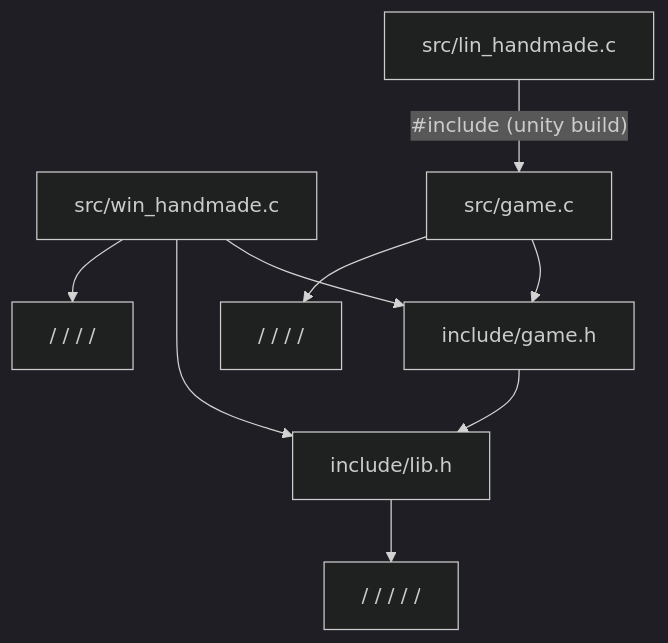
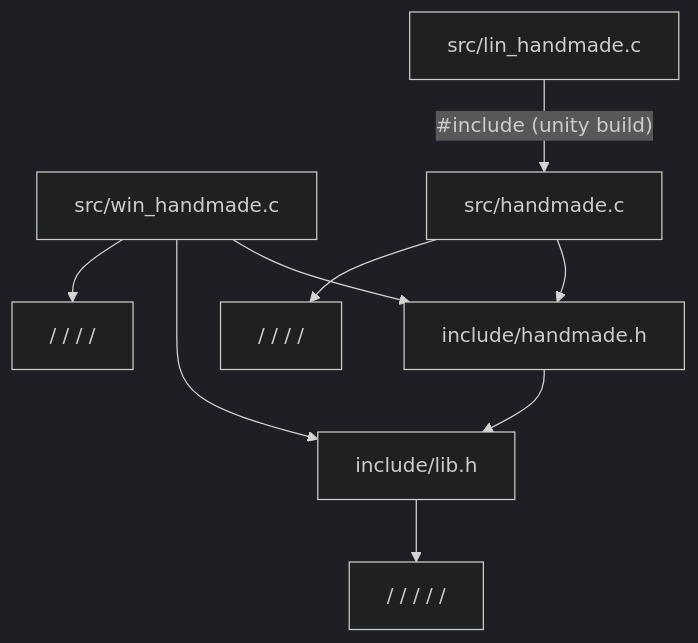
The second of 2 diagrams in readme.md (fhdiaze/handmade), drawn with Mermaid (dark theme) before and after one commit. The commit also changed 5 other files, not shown here.

````diff
--- a/readme.md
+++ b/readme.md
@@ -15,21 +15,21 @@
 ```mermaid
 graph TD
     lin["src/lin_handmade.c"]
     win["src/win_handmade.c"]
-    game_c["src/game.c"]
-    game_h["include/game.h"]
+    handmade_c["src/handmade.c"]
+    handmade_h["include/handmade.h"]
     lib_h["include/lib.h"]
 
     win_sys["<windows.h> / <dsound.h> / <xinput.h> / <stdint.h> / <stdio.h>"]
-    game_sys["<assert.h> / <limits.h> / <stddef.h> / <stdint.h> / <stdlib.h>"]
+    std_lib["<assert.h> / <limits.h> / <stddef.h> / <stdint.h> / <stdlib.h>"]
     lib_sys["<assert.h> / <math.h> / <stdint.h> / <stdio.h> / <time.h> / <intrin.h>"]
 
-    lin -->|"#include (unity build)"| game_c
-    game_c --> game_h
-    game_c --> game_sys
-    win --> game_h
+    lin -->|"#include (unity build)"| handmade_c
+    handmade_c --> handmade_h
+    handmade_c --> std_lib
+    win --> handmade_h
     win --> lib_h
     win --> win_sys
-    game_h --> lib_h
+    handmade_h --> lib_h
     lib_h --> lib_sys
 ```
````
